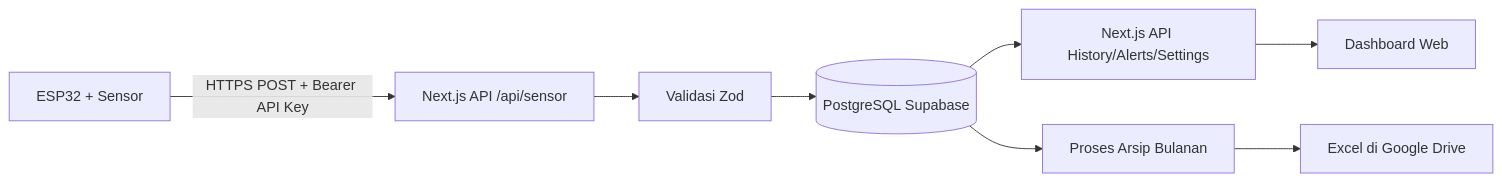
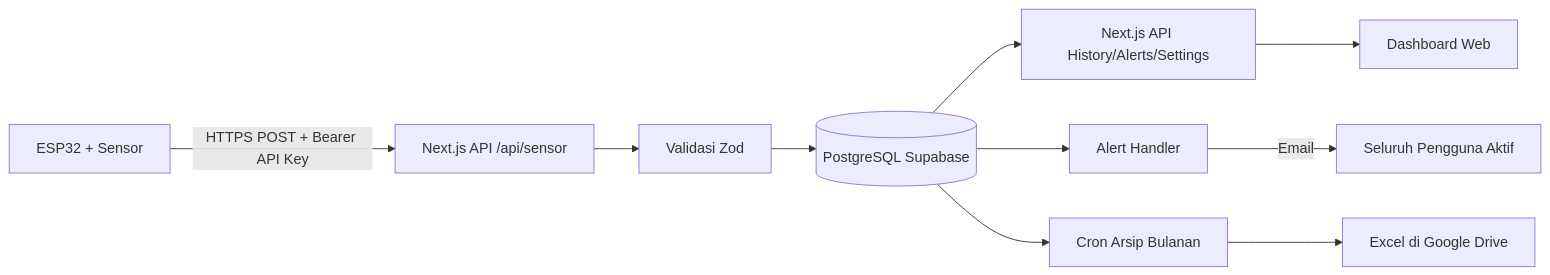
The diagram in docs/PRD.md (elsaaa25/SIMKITA), drawn with Mermaid before and after one commit. The commit also changed other lines of this file, not shown here.

````diff
--- a/docs/PRD.md
+++ b/docs/PRD.md
@@ -150,10 +139,12 @@
 ```mermaid
 flowchart LR
     A[ESP32 + Sensor] -->|HTTPS POST + Bearer API Key| B[Next.js API /api/sensor]
     B --> C[Validasi Zod]
     C --> D[(PostgreSQL Supabase)]
     D --> E[Next.js API History/Alerts/Settings]
     E --> F[Dashboard Web]
-    D --> G[Proses Arsip Bulanan]
-    G --> H[Excel di Google Drive]
+    D --> G[Alert Handler]
+    G -->|Email| H[Seluruh Pengguna Aktif]
+    D --> I[Cron Arsip Bulanan]
+    I --> J[Excel di Google Drive]
 ```
````
